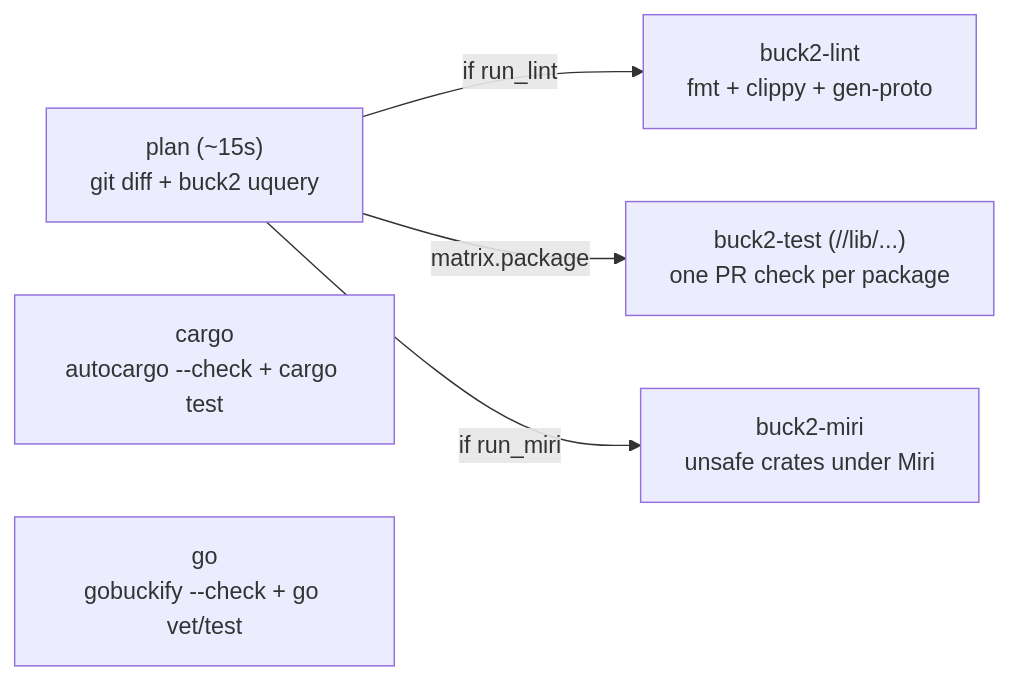
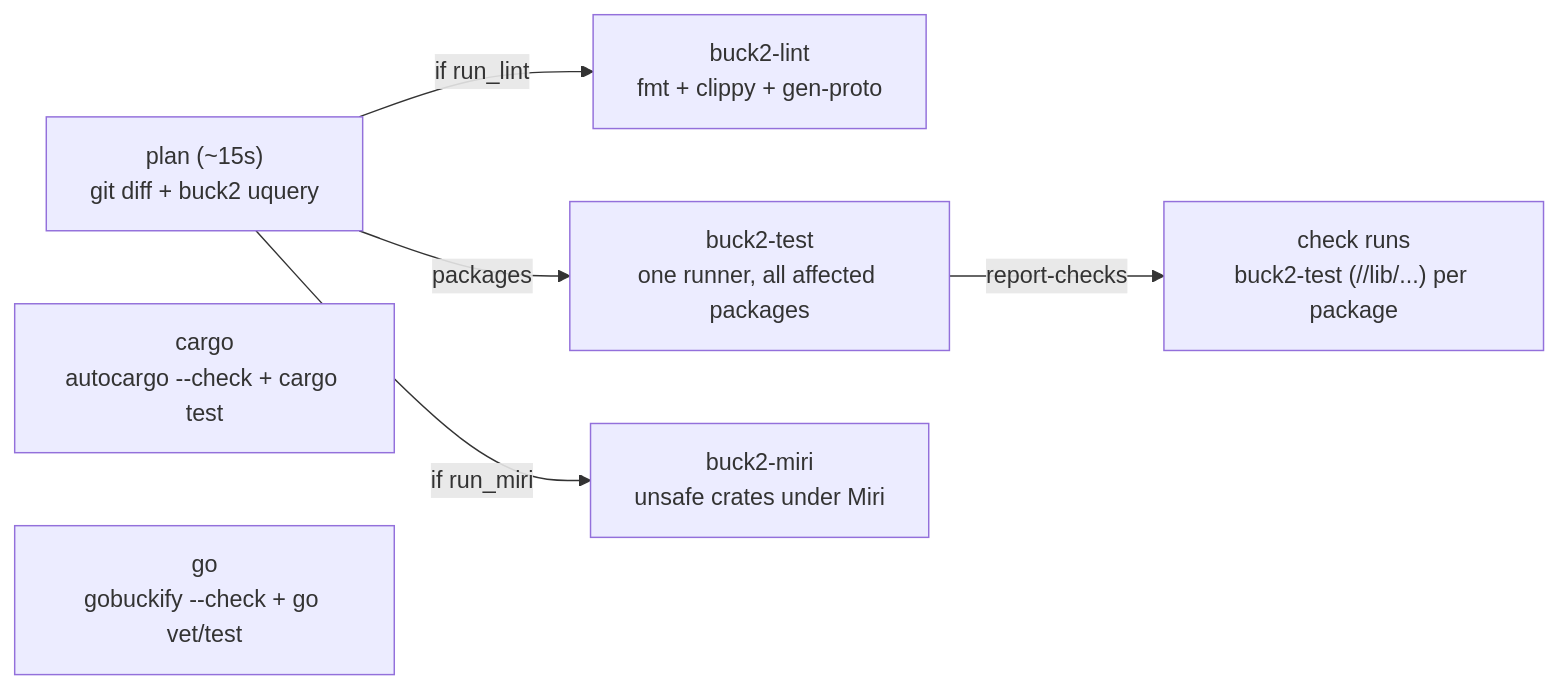
One commit to raydatray/peppydb changed the second of 2 diagrams in docs/plans/0036-workspace-ci-cache.md. Above: the diagram before and after it, drawn with Mermaid. The commit also changed other lines of this file and 1 other file, not shown here.

````diff
--- a/docs/plans/0036-workspace-ci-cache.md
+++ b/docs/plans/0036-workspace-ci-cache.md
@@ -159,8 +161,9 @@
 ```mermaid
 flowchart LR
     plan["plan (~15s)<br/>git diff + buck2 uquery"] -->|if run_lint| lint["buck2-lint<br/>fmt + clippy + gen-proto"]
-    plan -->|matrix.package| test["buck2-test (//lib/...)<br/>one PR check per package"]
+    plan -->|packages| test["buck2-test<br/>one runner, all affected packages"]
+    test -->|"report-checks"| checks["check runs<br/>buck2-test (//lib/...) per package"]
     plan -->|if run_miri| miri["buck2-miri<br/>unsafe crates under Miri"]
     cargo["cargo<br/>autocargo --check + cargo test"]
     go["go<br/>gobuckify --check + go vet/test"]
 ```
````
